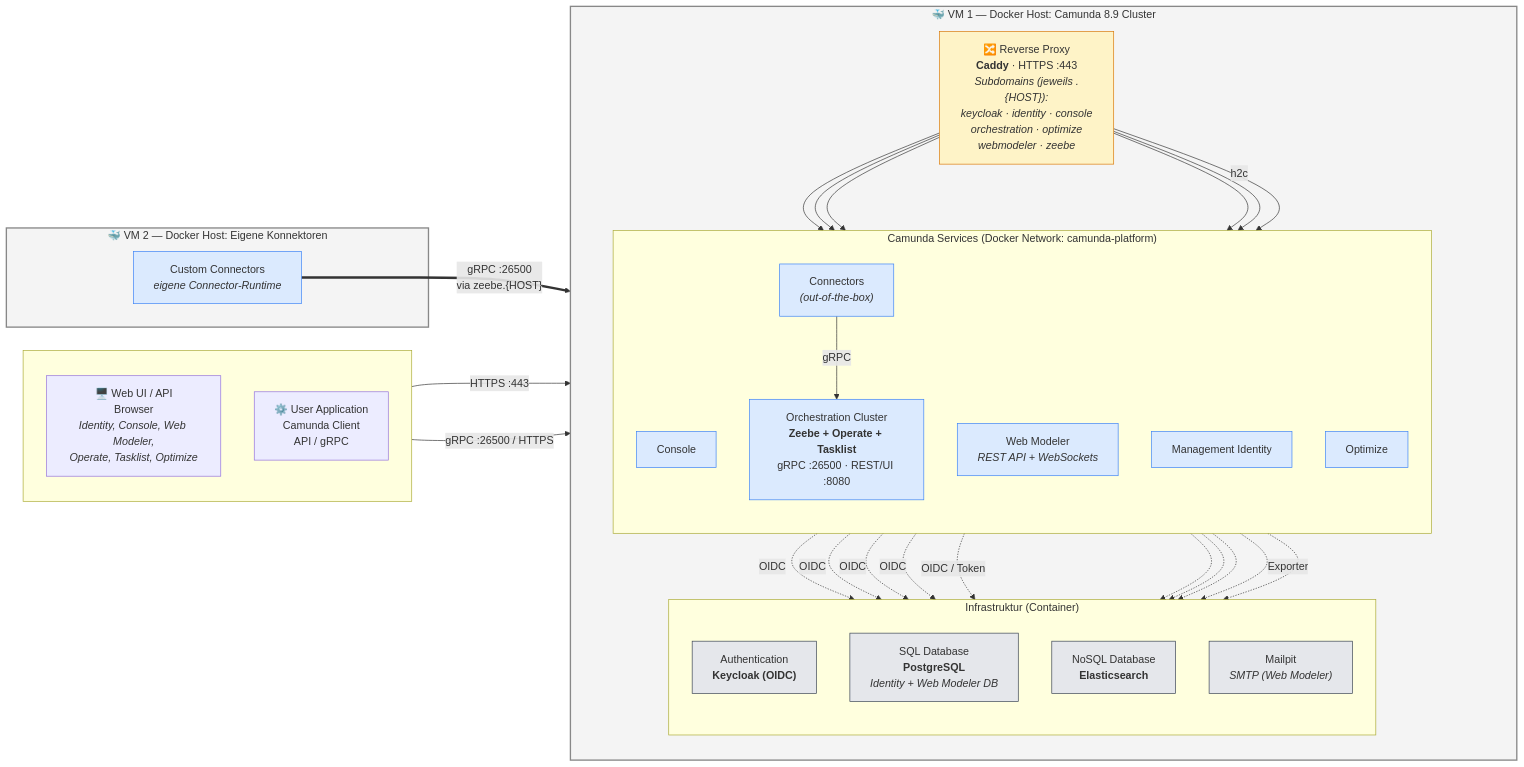
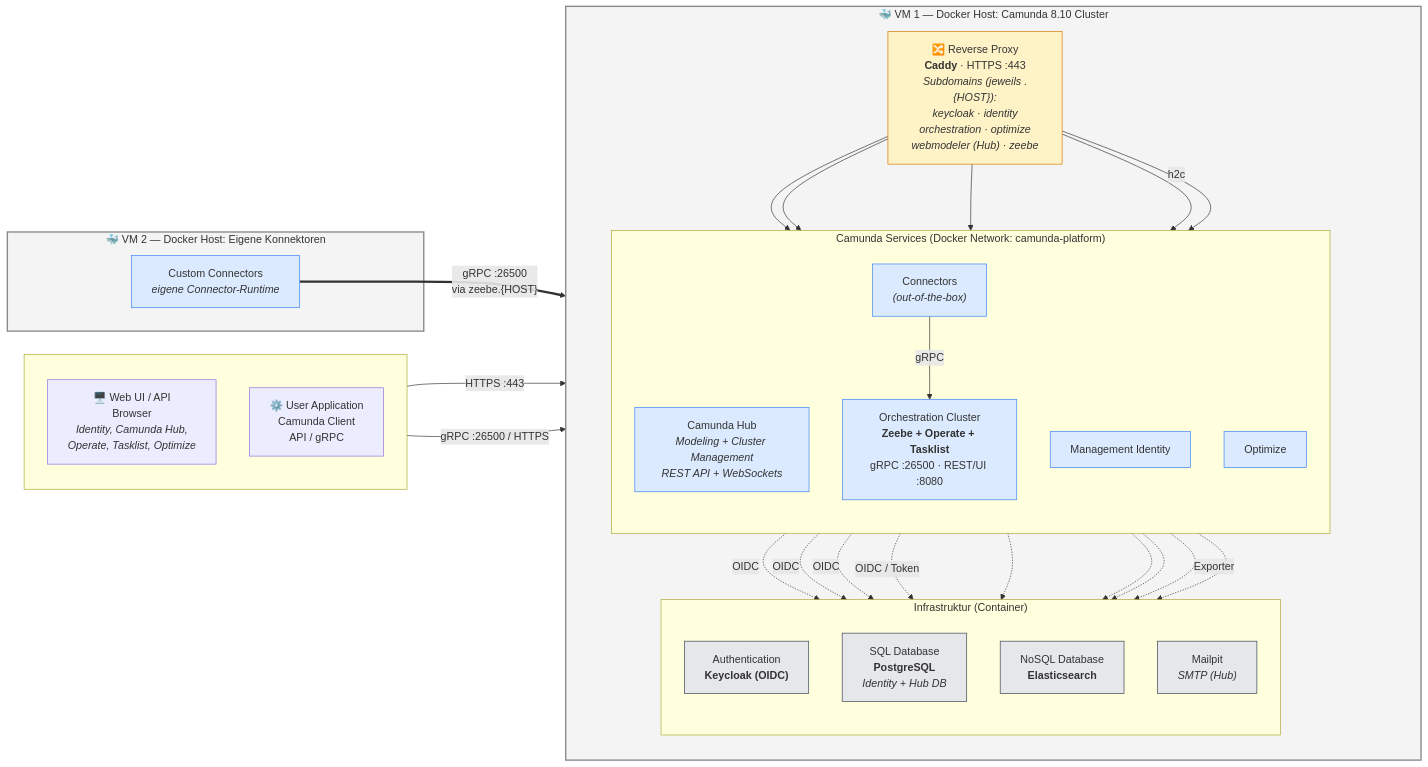
The diagram in docs/architecture.mmd (cschaf/camunda8_caddy), drawn with Mermaid before and after one commit. The commit also changed 61 other files, not shown here.

```diff
--- a/docs/architecture.mmd
+++ b/docs/architecture.mmd
@@ -1,69 +1,66 @@
 flowchart LR
     subgraph clients[" "]
         direction TB
-        browser["🖥️ Web UI / API<br/>Browser<br/><i>Identity, Console, Web Modeler,<br/>Operate, Tasklist, Optimize</i>"]
+        browser["🖥️ Web UI / API<br/>Browser<br/><i>Identity, Camunda Hub,<br/>Operate, Tasklist, Optimize</i>"]
         userapp["⚙️ User Application<br/>Camunda Client<br/>API / gRPC"]
     end
 
-    subgraph vm1["🐳 VM 1 — Docker Host: Camunda 8.9 Cluster"]
+    subgraph vm1["🐳 VM 1 — Docker Host: Camunda 8.10 Cluster"]
         direction TB
 
-        caddy["🔀 Reverse Proxy<br/><b>Caddy</b> · HTTPS :443<br/><i>Subdomains (jeweils .{HOST}):<br/>keycloak · identity · console<br/>orchestration · optimize<br/>webmodeler · zeebe</i>"]
+        caddy["🔀 Reverse Proxy<br/><b>Caddy</b> · HTTPS :443<br/><i>Subdomains (jeweils .{HOST}):<br/>keycloak · identity<br/>orchestration · optimize<br/>webmodeler (Hub) · zeebe</i>"]
 
         subgraph apps["Camunda Services (Docker Network: camunda-platform)"]
             direction TB
-            console["Console"]
-            webmodeler["Web Modeler<br/><i>REST API + WebSockets</i>"]
+            webmodeler["Camunda Hub<br/><i>Modeling + Cluster Management<br/>REST API + WebSockets</i>"]
             identity["Management Identity"]
             optimize["Optimize"]
             orchestration["Orchestration Cluster<br/><b>Zeebe + Operate + Tasklist</b><br/>gRPC :26500 · REST/UI :8080"]
             connectors["Connectors<br/><i>(out-of-the-box)</i>"]
         end
 
         subgraph infra["Infrastruktur (Container)"]
             direction TB
             keycloak["Authentication<br/><b>Keycloak (OIDC)</b>"]
-            postgres["SQL Database<br/><b>PostgreSQL</b><br/><i>Identity + Web Modeler DB</i>"]
+            postgres["SQL Database<br/><b>PostgreSQL</b><br/><i>Identity + Hub DB</i>"]
             elastic["NoSQL Database<br/><b>Elasticsearch</b>"]
-            mailpit["Mailpit<br/><i>SMTP (Web Modeler)</i>"]
+            mailpit["Mailpit<br/><i>SMTP (Hub)</i>"]
         end
 
-        caddy --> console
         caddy --> webmodeler
         caddy --> identity
         caddy --> optimize
         caddy --> orchestration
     end
 
     subgraph vm2["🐳 VM 2 — Docker Host: Eigene Konnektoren"]
         customconn["Custom Connectors<br/><i>eigene Connector-Runtime</i>"]
     end
 
     browser -->|"HTTPS :443"| caddy
     userapp -->|"gRPC :26500 / HTTPS"| caddy
 
     identity -.->|"OIDC"| keycloak
     webmodeler -.->|"OIDC"| keycloak
-    console -.->|"OIDC"| keycloak
     optimize -.->|"OIDC"| keycloak
     orchestration -.->|"OIDC / Token"| keycloak
 
     identity -.-> postgres
     webmodeler -.-> postgres
     webmodeler -.-> mailpit
 
     orchestration -.->|"Exporter"| elastic
     optimize -.-> elastic
 
     connectors -->|"gRPC"| orchestration
     customconn ==>|"gRPC :26500<br/>via zeebe.{HOST}"| caddy
     caddy -->|"h2c"| orchestration
 
     classDef vm fill:#f4f4f4,stroke:#888,stroke-width:2px
     classDef svc fill:#dbeafe,stroke:#3b82f6
     classDef infraBox fill:#e5e7eb,stroke:#374151
     classDef proxy fill:#fef3c7,stroke:#d97706
     class vm1,vm2 vm
-    class console,webmodeler,identity,optimize,orchestration,connectors,customconn svc
+    class webmodeler,identity,optimize,orchestration,connectors,customconn svc
     class keycloak,postgres,elastic,mailpit infraBox
     class caddy proxy
```
